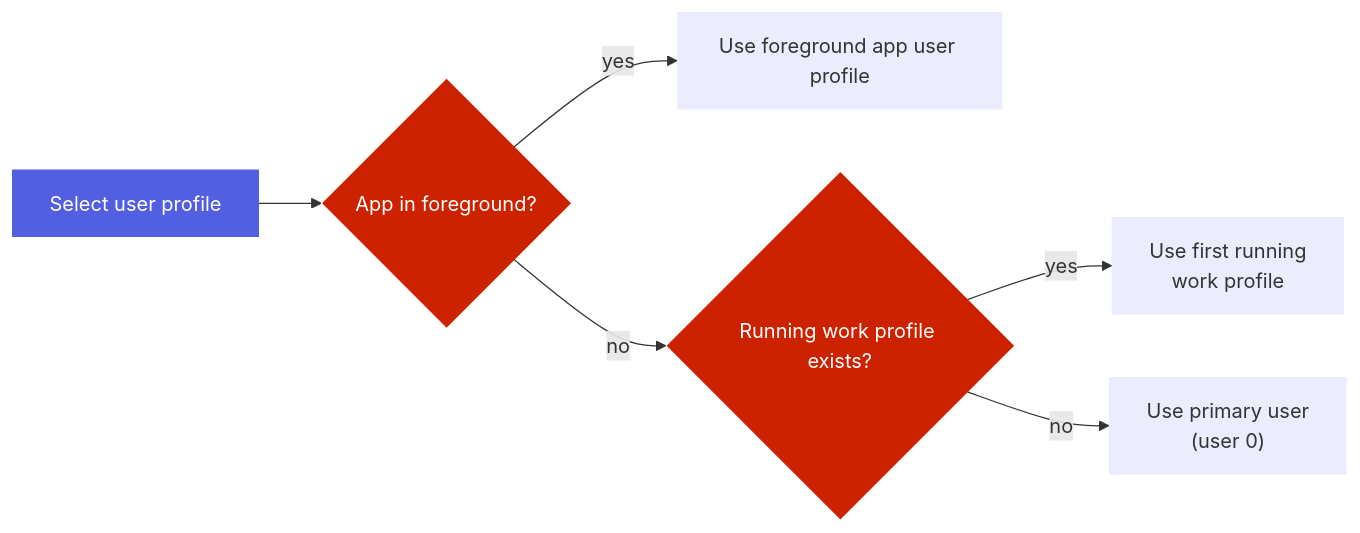
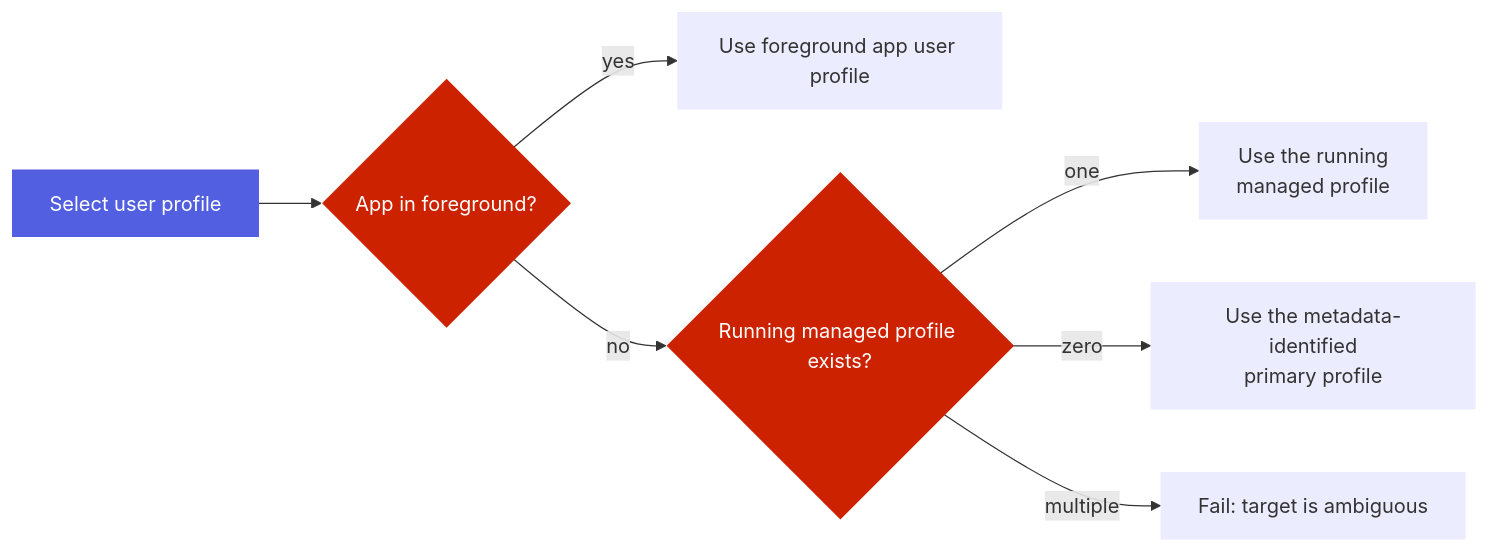
Before and after one commit to kaeawc/auto-mobile: the diagram in docs/design-docs/plat/android/work-profiles.md, drawn with Mermaid. The commit also changed other lines of this file and 10 other files, not shown here.

````diff
--- a/docs/design-docs/plat/android/work-profiles.md
+++ b/docs/design-docs/plat/android/work-profiles.md
@@ -23,14 +20,15 @@
   ```mermaid
   flowchart LR
       A["Select user profile"] --> B{"App in foreground?"};
       B -->|"yes"| C["Use foreground app user profile"];
-      B -->|"no"| D{"Running work profile exists?"};
-      D -->|"yes"| E["Use first running<br/>work profile"];
-      D -->|"no"| F["Use primary user<br/>(user 0)"];
+      B -->|"no"| D{"Running managed profile exists?"};
+      D -->|"one"| E["Use the running<br/>managed profile"];
+      D -->|"zero"| F["Use the metadata-identified<br/>primary profile"];
+      D -->|"multiple"| G["Fail: target is ambiguous"];
       classDef decision fill:#CC2200,stroke-width:0px,color:white;
       classDef logic fill:#525FE1,stroke-width:0px,color:white;
       classDef result stroke-width:0px;
       class A logic;
       class B,D decision;
-      class C,E,F result;
+      class C,E,F,G result;
   ```
````
